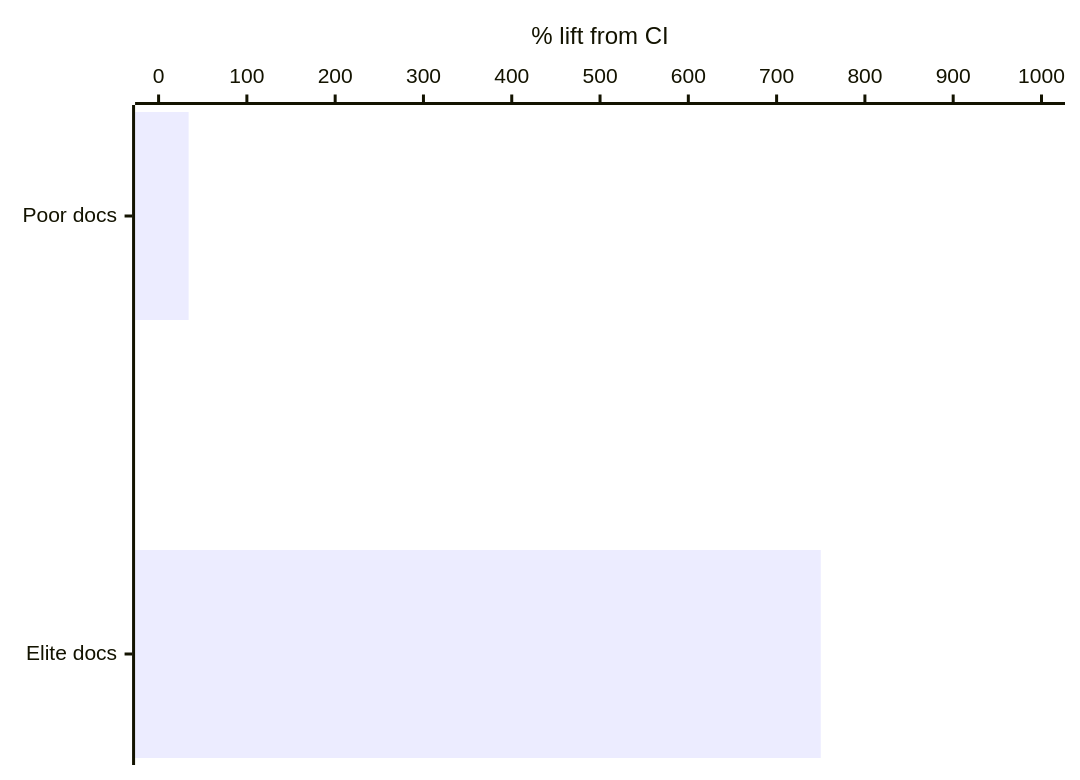
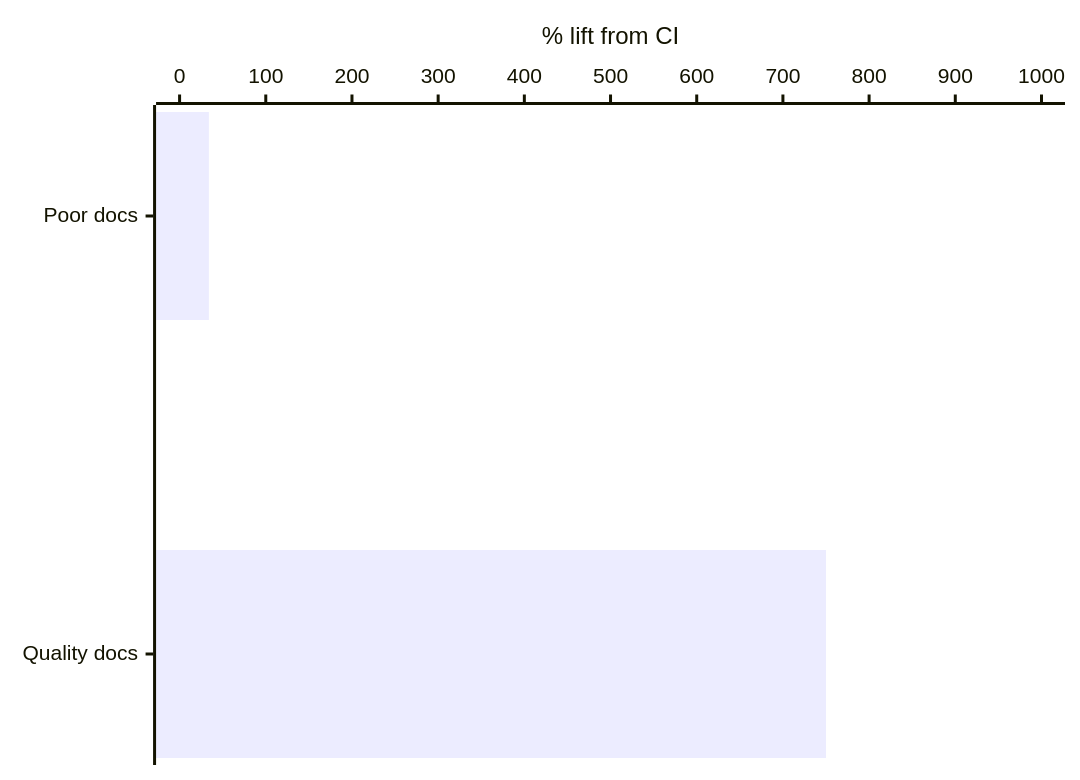
The diagram in content/diagrams/documentation-velocity/dora-multiplier.mmd (ninadpathak/ninadpathak), drawn with Mermaid before and after one commit. The commit also changed 203 other files, not shown here.

```diff
--- a/content/diagrams/documentation-velocity/dora-multiplier.mmd
+++ b/content/diagrams/documentation-velocity/dora-multiplier.mmd
@@ -1,12 +1,12 @@
 %% @fig 01
 %% @kicker The DORA multiplier
-%% @alt The performance lift that continuous integration gives a team, by documentation quality: 34% with poor documentation and 750% with high-quality documentation, about 22 times larger. Each tile is 50 percentage points.
-%% @caption DORA research: the same practice lifts performance 34% with poor docs and 750% with elite docs. Each tile is 50 points.
+%% @alt The performance lift that continuous integration gives a team, by documentation quality: 34% with poor documentation and 750% with high-quality documentation. Each tile is 50 percentage points.
+%% @caption DORA research: the same practice lifts performance 34% with poor documentation and 750% with high-quality documentation. Each tile is 50 points.
 %% @unit %
 %% @tile 50
 %% @callout 1:0
 %% @callout 1:1
 xychart-beta horizontal
-  x-axis ["Poor docs", "Elite docs"]
+  x-axis ["Poor docs", "Quality docs"]
   y-axis "% lift from CI" 0 --> 1000
   bar [34, 750]
```
